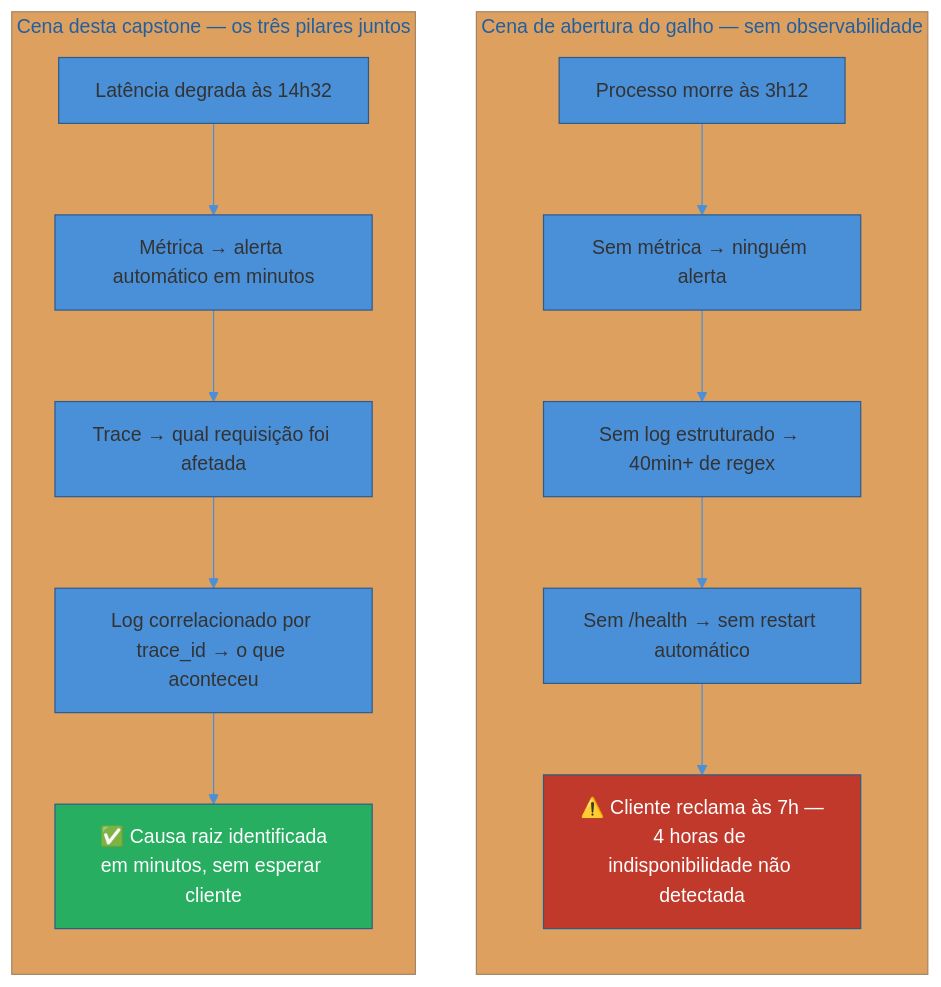
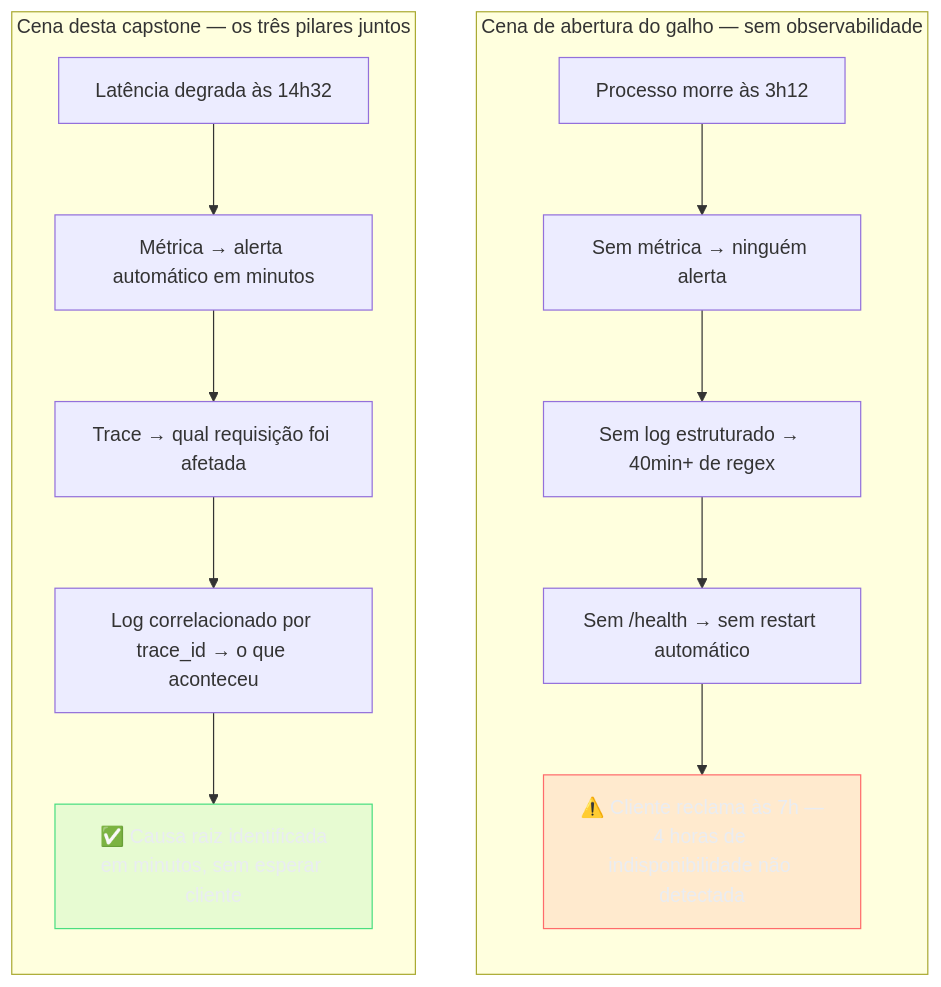
One commit to josenaldo/codex-technomanticus changed the first of 5 diagrams in 03-Dominios/Tecnologia/Python/Observabilidade e produção/08 - Capstone — os dois serviços prontos pra produção.md. Above: the diagram before and after it, drawn with Mermaid. The commit also changed other lines of this file and 1181 other files, not shown here.

First line of the commit message:
fix(diagramas): paleta do sistema no lugar de cor cravada no markdown

````diff
--- a/03-Dominios/Tecnologia/Python/Observabilidade e produção/08 - Capstone — os dois serviços prontos pra produção.md
+++ b/03-Dominios/Tecnologia/Python/Observabilidade e produção/08 - Capstone — os dois serviços prontos pra produção.md
@@ -30,26 +30,27 @@
 ```mermaid
-%%{init: {"theme": "base", "themeVariables": {"primaryColor": "#4A90D9", "primaryBorderColor": "#2E5C8A", "lineColor": "#4A90D9"}}}%%
 flowchart TB
+    classDef falha fill:#FF6B6B24,stroke:#FF6B6B,color:#E9ECF2
+    classDef ok fill:#4ADE8021,stroke:#4ADE80,color:#E9ECF2
     subgraph Antes["Cena de abertura do galho — sem observabilidade"]
         direction TB
         A1["Processo morre às 3h12"]
         A2["Sem métrica → ninguém alerta"]
         A3["Sem log estruturado → 40min+ de regex"]
         A4["Sem /health → sem restart automático"]
         A1 --> A2 --> A3 --> A4
         A4 --> A5["⚠️ Cliente reclama às 7h —<br/>4 horas de indisponibilidade não detectada"]
     end
 
     subgraph Depois["Cena desta capstone — os três pilares juntos"]
         direction TB
         D1["Latência degrada às 14h32"]
         D2["Métrica → alerta automático em minutos"]
         D3["Trace → qual requisição foi afetada"]
         D4["Log correlacionado por trace_id → o que aconteceu"]
         D1 --> D2 --> D3 --> D4
         D4 --> D5["✅ Causa raiz identificada<br/>em minutos, sem esperar cliente"]
     end
 
-    style A5 fill:#c0392b,color:#fff
-    style D5 fill:#27ae60,color:#fff
+    class A5 falha
+    class D5 ok
 ```
````
